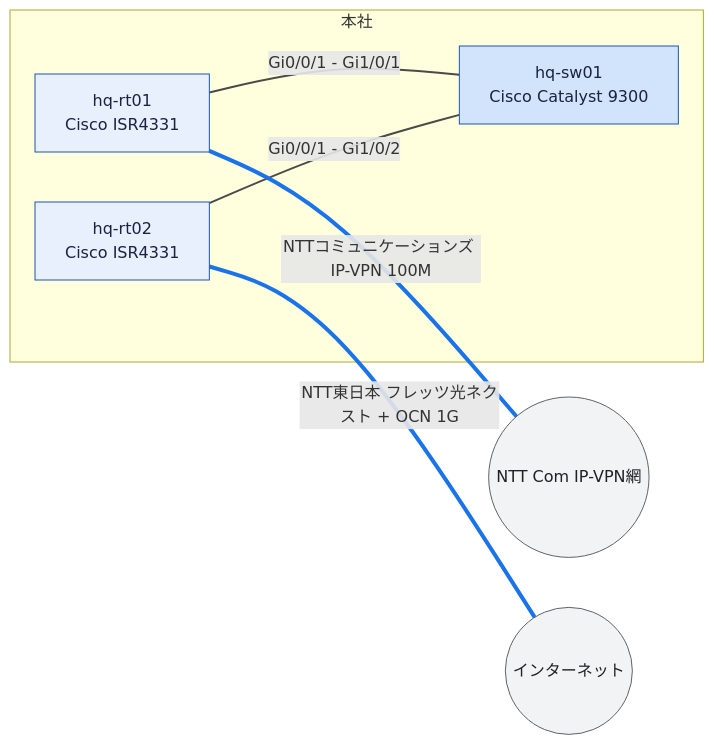
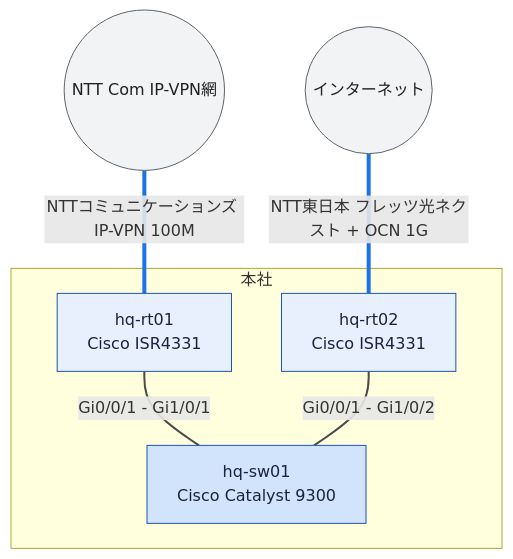
The diagram in examples/sample-corp/generated/hq-physical.mmd (thinas1115/nwdsl), drawn with Mermaid before and after one commit. The commit also changed 26 other files, not shown here.

```diff
--- a/examples/sample-corp/generated/hq-physical.mmd
+++ b/examples/sample-corp/generated/hq-physical.mmd
@@ -1,26 +1,26 @@
-flowchart LR
+flowchart TB
   subgraph sg_hq["本社"]
     hq_rt01["hq-rt01<br>Cisco ISR4331"]
     hq_sw01["hq-sw01<br>Cisco Catalyst 9300"]
     hq_rt02["hq-rt02<br>Cisco ISR4331"]
   end
   ipvpn(("NTT Com IP-VPN網"))
   internet(("インターネット"))
   hq_rt01 ---|"Gi0/0/1 - Gi1/0/1"| hq_sw01
   hq_rt02 ---|"Gi0/0/1 - Gi1/0/2"| hq_sw01
-  hq_rt01 ---|"NTTコミュニケーションズ IP-VPN 100M"| ipvpn
-  hq_rt02 ---|"NTT東日本 フレッツ光ネクスト + OCN 1G"| internet
+  ipvpn ---|"NTTコミュニケーションズ IP-VPN 100M"| hq_rt01
+  internet ---|"NTT東日本 フレッツ光ネクスト + OCN 1G"| hq_rt02
 
   classDef role_router fill:#e8f0fe,stroke:#1a56b0,color:#1a2340
   classDef role_l3switch fill:#d2e3fc,stroke:#1a56b0,color:#1a2340
   classDef role_l2switch fill:#e6f4ea,stroke:#137333,color:#1a2e1f
   classDef role_firewall fill:#fce8e6,stroke:#c5221f,color:#3c1a19
   classDef role_other fill:#f1f3f4,stroke:#5f6368,color:#202124
   classDef node_cloud fill:#f1f3f4,stroke:#5f6368,color:#202124
   classDef node_site fill:#fff8e1,stroke:#b58105,color:#4a3a08
   classDef node_external fill:#ffffff,stroke:#9aa0a6,stroke-dasharray:3 3,color:#5f6368
   class hq_rt01,hq_rt02 role_router
   class hq_sw01 role_l3switch
   class ipvpn,internet node_cloud
   linkStyle 0,1 stroke:#4a4a4a,stroke-width:2px
   linkStyle 2,3 stroke:#1a73e8,stroke-width:4px
```
